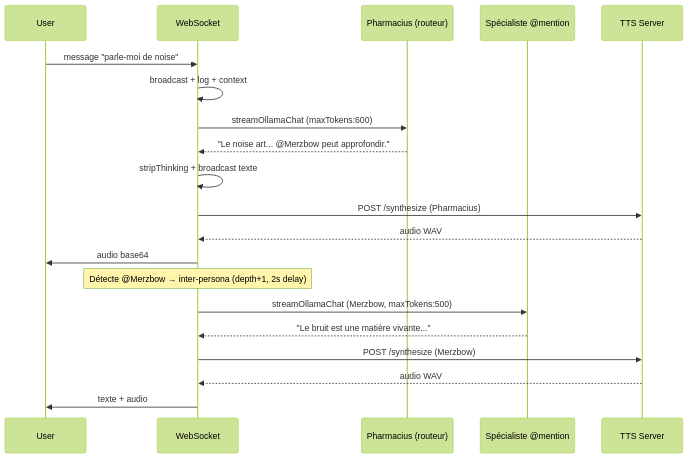
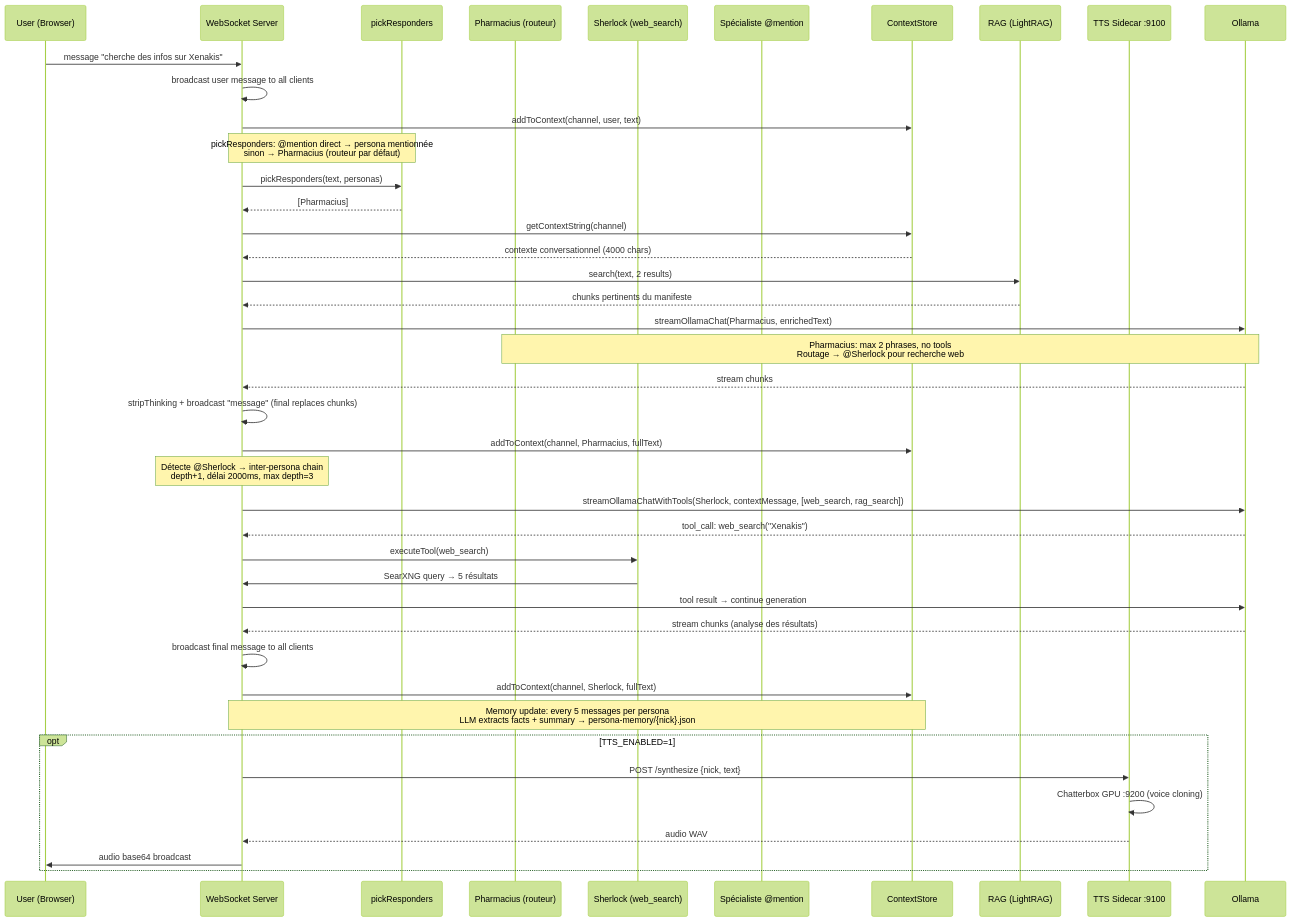
One commit to electron-rare/kxkm_clown changed the second of 4 diagrams in docs/ARCHITECTURE.md. Above: the diagram before and after it, drawn with Mermaid (forest theme). The commit also changed other lines of this file and 178 other files, not shown here.

````diff
--- a/docs/ARCHITECTURE.md
+++ b/docs/ARCHITECTURE.md
@@ -64,24 +80,53 @@
 ```mermaid
 sequenceDiagram
-    participant U as User
-    participant WS as WebSocket
+    participant U as User (Browser)
+    participant WS as WebSocket Server
+    participant PR as pickResponders
     participant Ph as Pharmacius (routeur)
+    participant Sh as Sherlock (web_search)
     participant Sp as Spécialiste @mention
-    participant TTS as TTS Server
+    participant CTX as ContextStore
+    participant RAG as RAG (LightRAG)
+    participant TTS as TTS Sidecar :9100
+    participant OL as Ollama
 
-    U->>WS: message "parle-moi de noise"
-    WS->>WS: broadcast + log + context
-    WS->>Ph: streamOllamaChat (maxTokens:600)
-    Ph-->>WS: "Le noise art... @Merzbow peut approfondir."
-    WS->>WS: stripThinking + broadcast texte
-    WS->>TTS: POST /synthesize (Pharmacius)
-    TTS-->>WS: audio WAV
-    WS->>U: audio base64
+    U->>WS: message "cherche des infos sur Xenakis"
+    WS->>WS: broadcast user message to all clients
+    WS->>CTX: addToContext(channel, user, text)
 
-    Note over WS: Détecte @Merzbow → inter-persona (depth+1, 2s delay)
-    WS->>Sp: streamOllamaChat (Merzbow, maxTokens:500)
-    Sp-->>WS: "Le bruit est une matière vivante..."
-    WS->>TTS: POST /synthesize (Merzbow)
-    TTS-->>WS: audio WAV
-    WS->>U: texte + audio
+    Note over WS,PR: pickResponders: @mention direct → persona mentionnée<br/>sinon → Pharmacius (routeur par défaut)
+
+    WS->>PR: pickResponders(text, personas)
+    PR-->>WS: [Pharmacius]
+
+    WS->>CTX: getContextString(channel)
+    CTX-->>WS: contexte conversationnel (4000 chars)
+    WS->>RAG: search(text, 2 results)
+    RAG-->>WS: chunks pertinents du manifeste
+
+    WS->>OL: streamOllamaChat(Pharmacius, enrichedText)
+    Note over Ph,OL: Pharmacius: max 2 phrases, no tools<br/>Routage → @Sherlock pour recherche web
+    OL-->>WS: stream chunks
+    WS->>WS: stripThinking + broadcast "message" (final replaces chunks)
+    WS->>CTX: addToContext(channel, Pharmacius, fullText)
+
+    Note over WS: Détecte @Sherlock → inter-persona chain<br/>depth+1, délai 2000ms, max depth=3
+
+    WS->>OL: streamOllamaChatWithTools(Sherlock, contextMessage, [web_search, rag_search])
+    OL-->>WS: tool_call: web_search("Xenakis")
+    WS->>Sh: executeTool(web_search)
+    Sh->>WS: SearXNG query → 5 résultats
+    WS->>OL: tool result → continue generation
+    OL-->>WS: stream chunks (analyse des résultats)
+    WS->>WS: broadcast final message to all clients
+    WS->>CTX: addToContext(channel, Sherlock, fullText)
+
+    Note over WS,CTX: Memory update: every 5 messages per persona<br/>LLM extracts facts + summary → persona-memory/{nick}.json
+
+    opt TTS_ENABLED=1
+        WS->>TTS: POST /synthesize {nick, text}
+        TTS->>TTS: Chatterbox GPU :9200 (voice cloning)
+        TTS-->>WS: audio WAV
+        WS->>U: audio base64 broadcast
+    end
 ```
````
